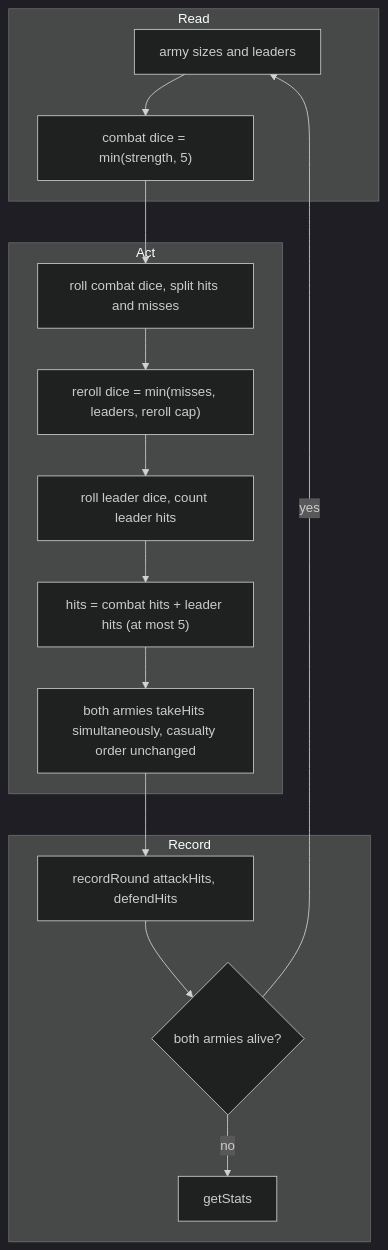
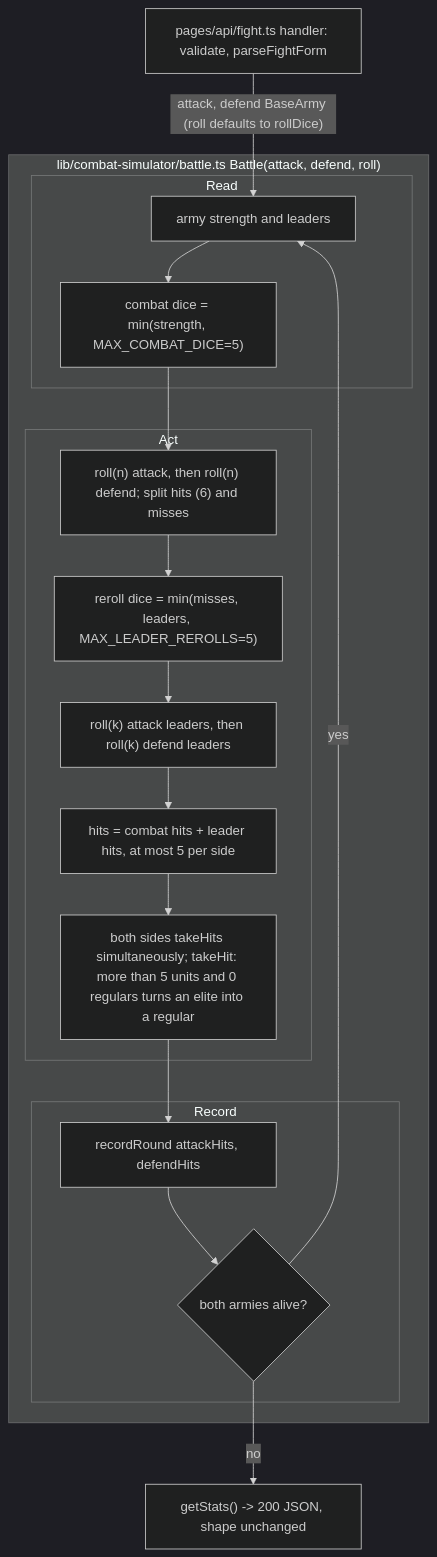
Before and after one commit to NicholasKChoi/WOTR_Combat_Simulator: the diagram in projects/strategy-game-sim/tickets/SGS-004-wotr-combat-caps.md, drawn with Mermaid (dark theme). The commit also changed other lines of this file and 25 other files, not shown here.

````diff
--- a/projects/strategy-game-sim/tickets/SGS-004-wotr-combat-caps.md
+++ b/projects/strategy-game-sim/tickets/SGS-004-wotr-combat-caps.md
@@ -35,19 +112,22 @@
 ```mermaid
 flowchart TD
-  subgraph Read
-    A[army sizes and leaders] --> B["combat dice = min(strength, 5)"]
+  H["pages/api/fight.ts handler: validate, parseFightForm"] -->|"attack, defend BaseArmy (roll defaults to rollDice)"| A
+  subgraph lib["lib/combat-simulator/battle.ts Battle(attack, defend, roll)"]
+    subgraph Read
+      A[army strength and leaders] --> B["combat dice = min(strength, MAX_COMBAT_DICE=5)"]
+    end
+    subgraph Act
+      B --> C["roll(n) attack, then roll(n) defend; split hits (6) and misses"]
+      C --> D["reroll dice = min(misses, leaders, MAX_LEADER_REROLLS=5)"]
+      D --> E["roll(k) attack leaders, then roll(k) defend leaders"]
+      E --> F["hits = combat hits + leader hits, at most 5 per side"]
+      F --> G["both sides takeHits simultaneously; takeHit: more than 5 units and 0 regulars turns an elite into a regular"]
+    end
+    subgraph Record
+      G --> R[recordRound attackHits, defendHits]
+      R --> I{both armies alive?}
+      I -- yes --> A
+    end
   end
-  subgraph Act
-    B --> C[roll combat dice, split hits and misses]
-    C --> D["reroll dice = min(misses, leaders, reroll cap)"]
-    D --> E[roll leader dice, count leader hits]
-    E --> F["hits = combat hits + leader hits (at most 5)"]
-    F --> G[both armies takeHits simultaneously, casualty order unchanged]
-  end
-  subgraph Record
-    G --> H[recordRound attackHits, defendHits]
-    H --> I{both armies alive?}
-    I -- yes --> A
-    I -- no --> J[getStats]
-  end
+  I -- no --> S["getStats() -> 200 JSON, shape unchanged"]
 ```
````
